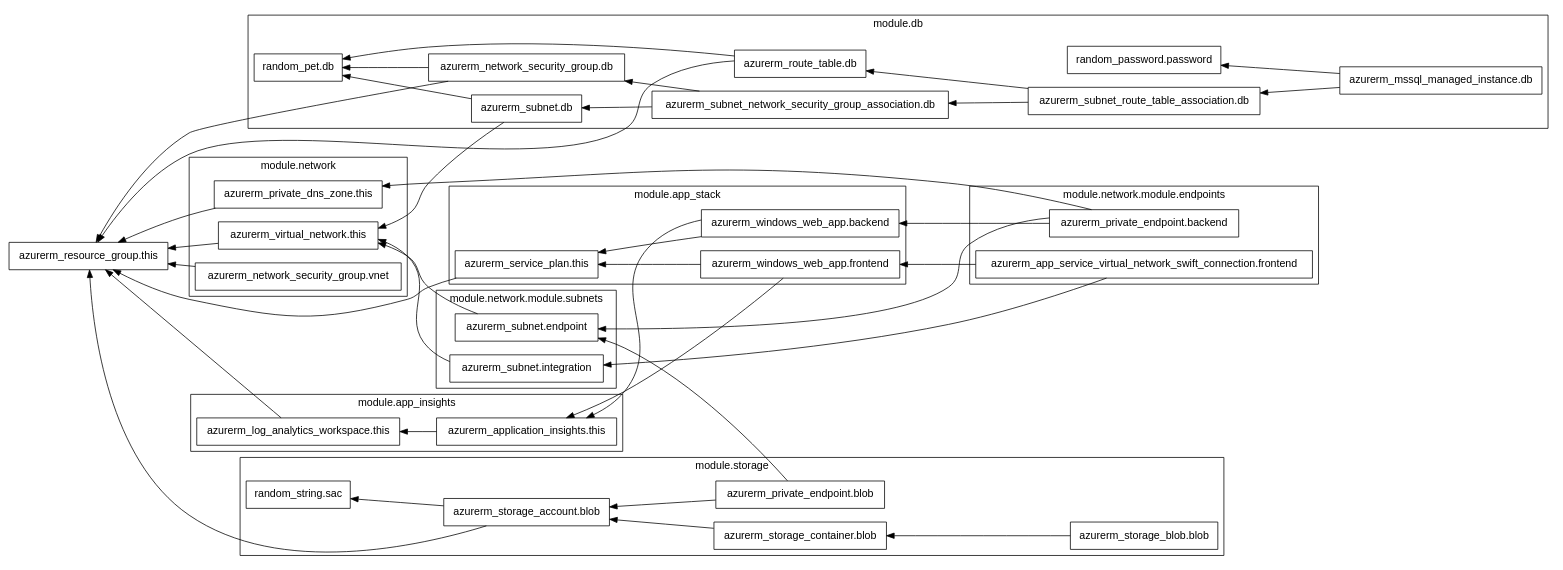
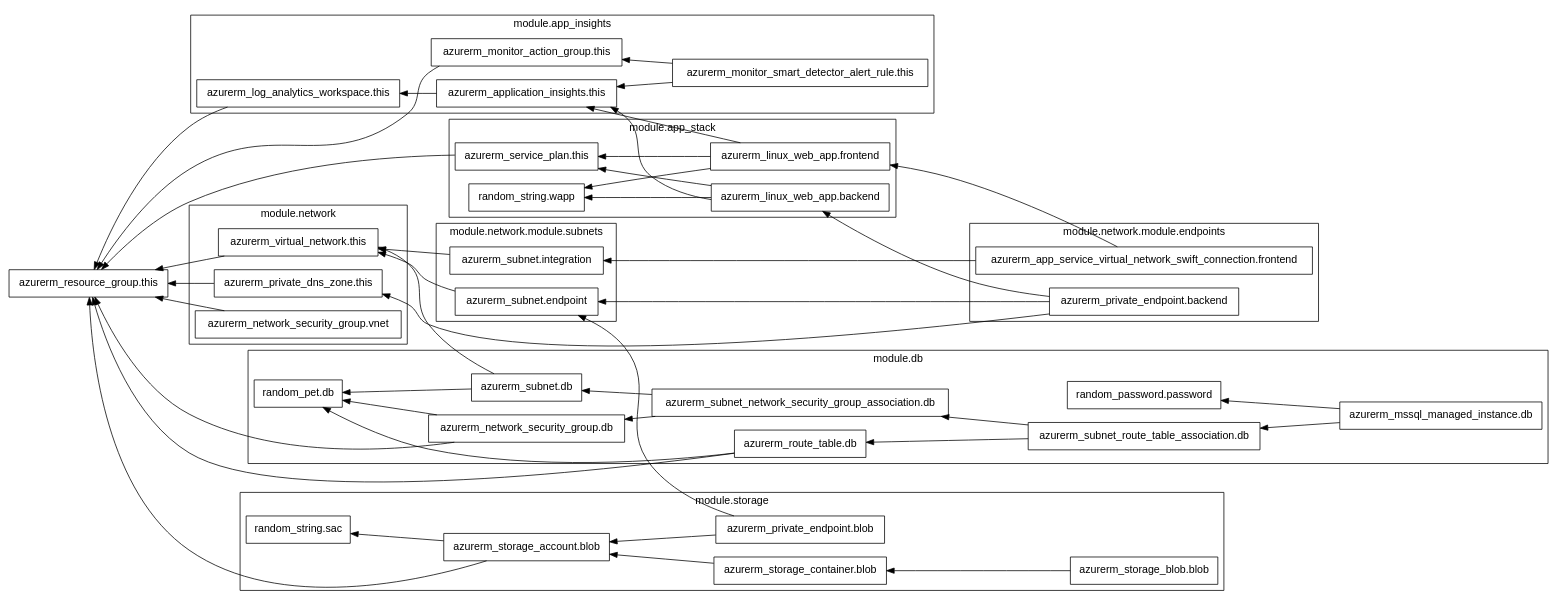
One commit to mconstant/NeuBankv2 changed the diagram in dev_infrastructure.dot. Above: the diagram before and after it, drawn with Graphviz. The commit also changed 1 other file, not shown here.

```diff
--- a/dev_infrastructure.dot
+++ b/dev_infrastructure.dot
@@ -1,93 +1,101 @@
 digraph G {
   rankdir = "RL";
   node [shape = rect, fontname = "sans-serif"];
   "azurerm_resource_group.this" [label="azurerm_resource_group.this"];
   subgraph "cluster_module.app_insights" {
     label = "module.app_insights"
     fontname = "sans-serif"
     "module.app_insights.azurerm_application_insights.this" [label="azurerm_application_insights.this"];
     "module.app_insights.azurerm_log_analytics_workspace.this" [label="azurerm_log_analytics_workspace.this"];
+    "module.app_insights.azurerm_monitor_action_group.this" [label="azurerm_monitor_action_group.this"];
+    "module.app_insights.azurerm_monitor_smart_detector_alert_rule.this" [label="azurerm_monitor_smart_detector_alert_rule.this"];
   }
   subgraph "cluster_module.app_stack" {
     label = "module.app_stack"
     fontname = "sans-serif"
+    "module.app_stack.azurerm_linux_web_app.backend" [label="azurerm_linux_web_app.backend"];
+    "module.app_stack.azurerm_linux_web_app.frontend" [label="azurerm_linux_web_app.frontend"];
     "module.app_stack.azurerm_service_plan.this" [label="azurerm_service_plan.this"];
-    "module.app_stack.azurerm_windows_web_app.backend" [label="azurerm_windows_web_app.backend"];
-    "module.app_stack.azurerm_windows_web_app.frontend" [label="azurerm_windows_web_app.frontend"];
+    "module.app_stack.random_string.wapp" [label="random_string.wapp"];
   }
   subgraph "cluster_module.db" {
     label = "module.db"
     fontname = "sans-serif"
     "module.db.azurerm_mssql_managed_instance.db" [label="azurerm_mssql_managed_instance.db"];
     "module.db.azurerm_network_security_group.db" [label="azurerm_network_security_group.db"];
     "module.db.azurerm_route_table.db" [label="azurerm_route_table.db"];
     "module.db.azurerm_subnet.db" [label="azurerm_subnet.db"];
     "module.db.azurerm_subnet_network_security_group_association.db" [label="azurerm_subnet_network_security_group_association.db"];
     "module.db.azurerm_subnet_route_table_association.db" [label="azurerm_subnet_route_table_association.db"];
     "module.db.random_password.password" [label="random_password.password"];
     "module.db.random_pet.db" [label="random_pet.db"];
   }
   subgraph "cluster_module.network" {
     label = "module.network"
     fontname = "sans-serif"
     "module.network.azurerm_network_security_group.vnet" [label="azurerm_network_security_group.vnet"];
     "module.network.azurerm_private_dns_zone.this" [label="azurerm_private_dns_zone.this"];
     "module.network.azurerm_virtual_network.this" [label="azurerm_virtual_network.this"];
   }
   subgraph "cluster_module.network.module.endpoints" {
     label = "module.network.module.endpoints"
     fontname = "sans-serif"
     "module.network.module.endpoints.azurerm_app_service_virtual_network_swift_connection.frontend" [label="azurerm_app_service_virtual_network_swift_connection.frontend"];
     "module.network.module.endpoints.azurerm_private_endpoint.backend" [label="azurerm_private_endpoint.backend"];
   }
   subgraph "cluster_module.network.module.subnets" {
     label = "module.network.module.subnets"
     fontname = "sans-serif"
     "module.network.module.subnets.azurerm_subnet.endpoint" [label="azurerm_subnet.endpoint"];
     "module.network.module.subnets.azurerm_subnet.integration" [label="azurerm_subnet.integration"];
   }
   subgraph "cluster_module.storage" {
     label = "module.storage"
     fontname = "sans-serif"
     "module.storage.azurerm_private_endpoint.blob" [label="azurerm_private_endpoint.blob"];
     "module.storage.azurerm_storage_account.blob" [label="azurerm_storage_account.blob"];
     "module.storage.azurerm_storage_blob.blob" [label="azurerm_storage_blob.blob"];
     "module.storage.azurerm_storage_container.blob" [label="azurerm_storage_container.blob"];
     "module.storage.random_string.sac" [label="random_string.sac"];
   }
   "module.app_insights.azurerm_application_insights.this" -> "module.app_insights.azurerm_log_analytics_workspace.this";
   "module.app_insights.azurerm_log_analytics_workspace.this" -> "azurerm_resource_group.this";
+  "module.app_insights.azurerm_monitor_action_group.this" -> "azurerm_resource_group.this";
+  "module.app_insights.azurerm_monitor_smart_detector_alert_rule.this" -> "module.app_insights.azurerm_application_insights.this";
+  "module.app_insights.azurerm_monitor_smart_detector_alert_rule.this" -> "module.app_insights.azurerm_monitor_action_group.this";
+  "module.app_stack.azurerm_linux_web_app.backend" -> "module.app_insights.azurerm_application_insights.this";
+  "module.app_stack.azurerm_linux_web_app.backend" -> "module.app_stack.azurerm_service_plan.this";
+  "module.app_stack.azurerm_linux_web_app.backend" -> "module.app_stack.random_string.wapp";
+  "module.app_stack.azurerm_linux_web_app.frontend" -> "module.app_insights.azurerm_application_insights.this";
+  "module.app_stack.azurerm_linux_web_app.frontend" -> "module.app_stack.azurerm_service_plan.this";
+  "module.app_stack.azurerm_linux_web_app.frontend" -> "module.app_stack.random_string.wapp";
   "module.app_stack.azurerm_service_plan.this" -> "azurerm_resource_group.this";
-  "module.app_stack.azurerm_windows_web_app.backend" -> "module.app_insights.azurerm_application_insights.this";
-  "module.app_stack.azurerm_windows_web_app.backend" -> "module.app_stack.azurerm_service_plan.this";
-  "module.app_stack.azurerm_windows_web_app.frontend" -> "module.app_insights.azurerm_application_insights.this";
-  "module.app_stack.azurerm_windows_web_app.frontend" -> "module.app_stack.azurerm_service_plan.this";
   "module.db.azurerm_mssql_managed_instance.db" -> "module.db.azurerm_subnet_route_table_association.db";
   "module.db.azurerm_mssql_managed_instance.db" -> "module.db.random_password.password";
   "module.db.azurerm_network_security_group.db" -> "azurerm_resource_group.this";
   "module.db.azurerm_network_security_group.db" -> "module.db.random_pet.db";
   "module.db.azurerm_route_table.db" -> "azurerm_resource_group.this";
   "module.db.azurerm_route_table.db" -> "module.db.random_pet.db";
   "module.db.azurerm_subnet.db" -> "module.db.random_pet.db";
   "module.db.azurerm_subnet.db" -> "module.network.azurerm_virtual_network.this";
   "module.db.azurerm_subnet_network_security_group_association.db" -> "module.db.azurerm_network_security_group.db";
   "module.db.azurerm_subnet_network_security_group_association.db" -> "module.db.azurerm_subnet.db";
   "module.db.azurerm_subnet_route_table_association.db" -> "module.db.azurerm_route_table.db";
   "module.db.azurerm_subnet_route_table_association.db" -> "module.db.azurerm_subnet_network_security_group_association.db";
   "module.network.azurerm_network_security_group.vnet" -> "azurerm_resource_group.this";
   "module.network.azurerm_private_dns_zone.this" -> "azurerm_resource_group.this";
   "module.network.azurerm_virtual_network.this" -> "azurerm_resource_group.this";
-  "module.network.module.endpoints.azurerm_app_service_virtual_network_swift_connection.frontend" -> "module.app_stack.azurerm_windows_web_app.frontend";
+  "module.network.module.endpoints.azurerm_app_service_virtual_network_swift_connection.frontend" -> "module.app_stack.azurerm_linux_web_app.frontend";
   "module.network.module.endpoints.azurerm_app_service_virtual_network_swift_connection.frontend" -> "module.network.module.subnets.azurerm_subnet.integration";
-  "module.network.module.endpoints.azurerm_private_endpoint.backend" -> "module.app_stack.azurerm_windows_web_app.backend";
+  "module.network.module.endpoints.azurerm_private_endpoint.backend" -> "module.app_stack.azurerm_linux_web_app.backend";
   "module.network.module.endpoints.azurerm_private_endpoint.backend" -> "module.network.azurerm_private_dns_zone.this";
   "module.network.module.endpoints.azurerm_private_endpoint.backend" -> "module.network.module.subnets.azurerm_subnet.endpoint";
   "module.network.module.subnets.azurerm_subnet.endpoint" -> "module.network.azurerm_virtual_network.this";
   "module.network.module.subnets.azurerm_subnet.integration" -> "module.network.azurerm_virtual_network.this";
   "module.storage.azurerm_private_endpoint.blob" -> "module.network.module.subnets.azurerm_subnet.endpoint";
   "module.storage.azurerm_private_endpoint.blob" -> "module.storage.azurerm_storage_account.blob";
   "module.storage.azurerm_storage_account.blob" -> "azurerm_resource_group.this";
   "module.storage.azurerm_storage_account.blob" -> "module.storage.random_string.sac";
   "module.storage.azurerm_storage_blob.blob" -> "module.storage.azurerm_storage_container.blob";
   "module.storage.azurerm_storage_container.blob" -> "module.storage.azurerm_storage_account.blob";
 }
```
